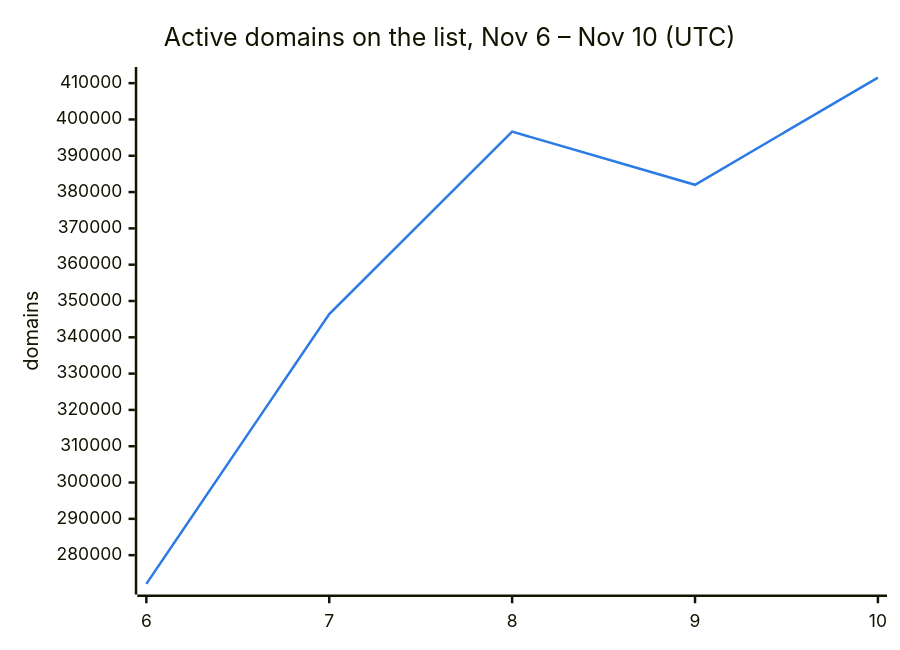
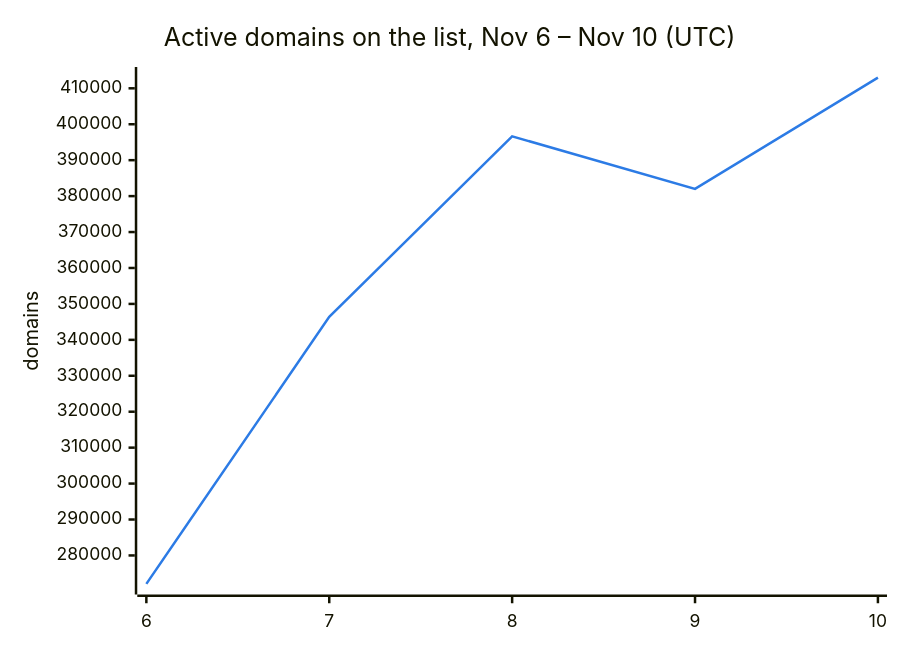
One commit to DNSBunker/CTI changed the second of 3 diagrams in README.md. Above: the diagram before and after it, drawn with Mermaid. The commit also changed other lines of this file and 3 other files, not shown here.

````diff
--- a/README.md
+++ b/README.md
@@ -38,8 +38,8 @@
 ```mermaid
 %%{init: {"themeVariables": {"xyChart": {"plotColorPalette": "#2c7be5"}}}}%%
 xychart-beta
     title "Active domains on the list, Nov 6 – Nov 10 (UTC)"
     x-axis ["6", "7", "8", "9", "10"]
     y-axis "domains"
-    line [272088, 346388, 396638, 382009, 411521]
+    line [272088, 346388, 396638, 382009, 412974]
 ```
````
